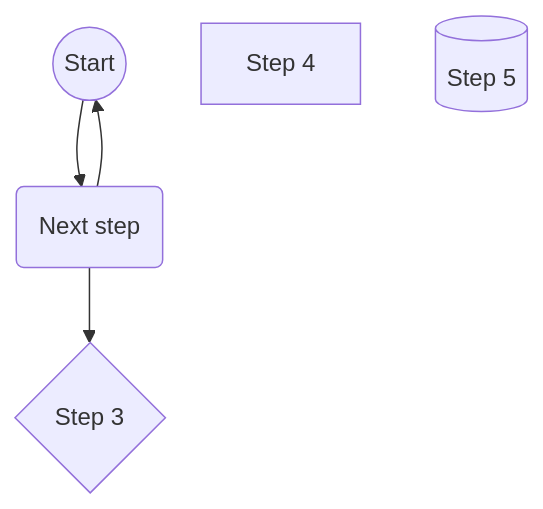
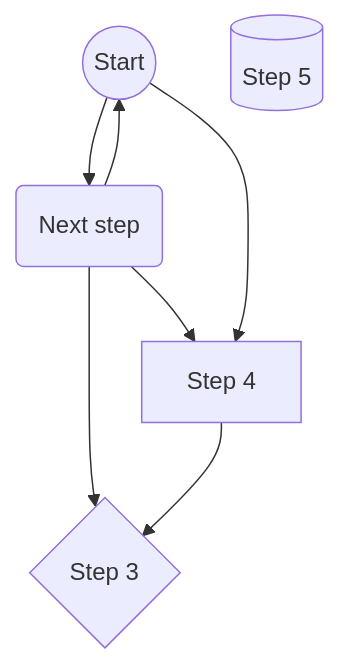
The third of 3 diagrams in README.md (Gongchampou/fdfd), drawn with Mermaid before and after one commit.

````diff
--- a/README.md
+++ b/README.md
@@ -110,11 +110,14 @@
 ```mermaid
 graph TD
     N1@{ shape: circle, label: "Start" }
     N2@{ shape: rounded, label: "Next step" }
     N345@{ shape: diamond, label: "Step 3" }
     N658@{ shape: rect, label: "Step 4" }
     N891@{ shape: cyl, label: "Step 5" }
     N1 --> N2
     N2 --> N1
     N2 --> N345
+    N2 --> N658
+    N658 --> N345
+    N1 --> N658
 ```
````
